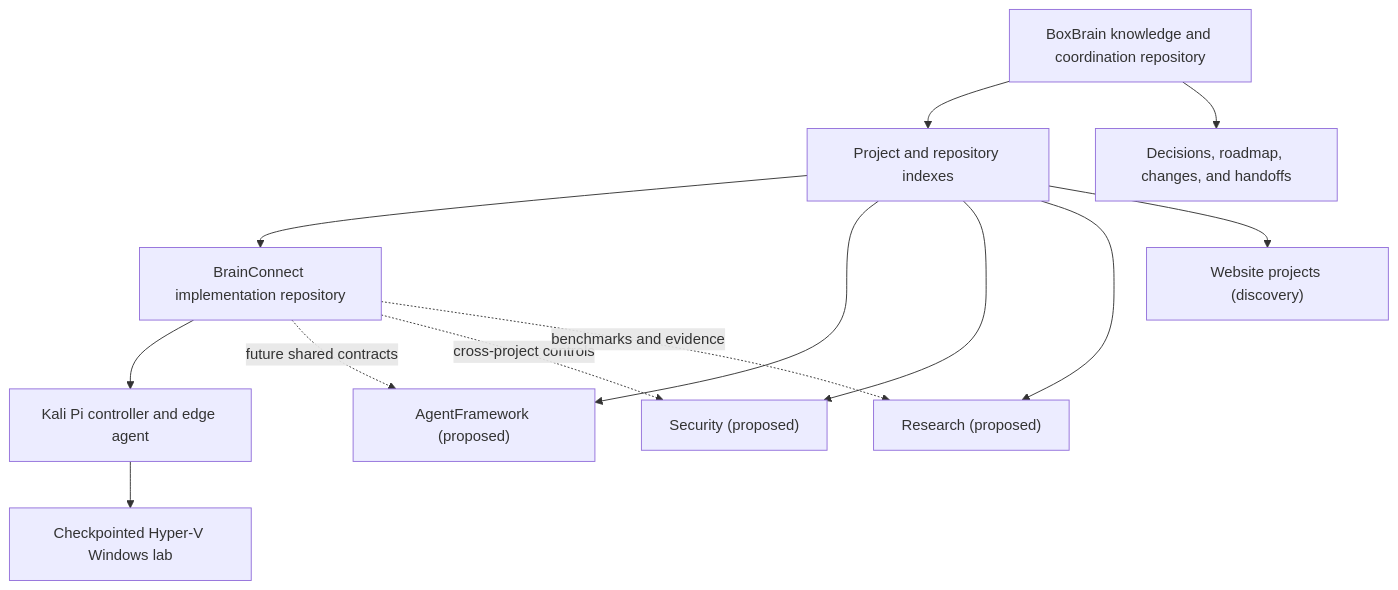
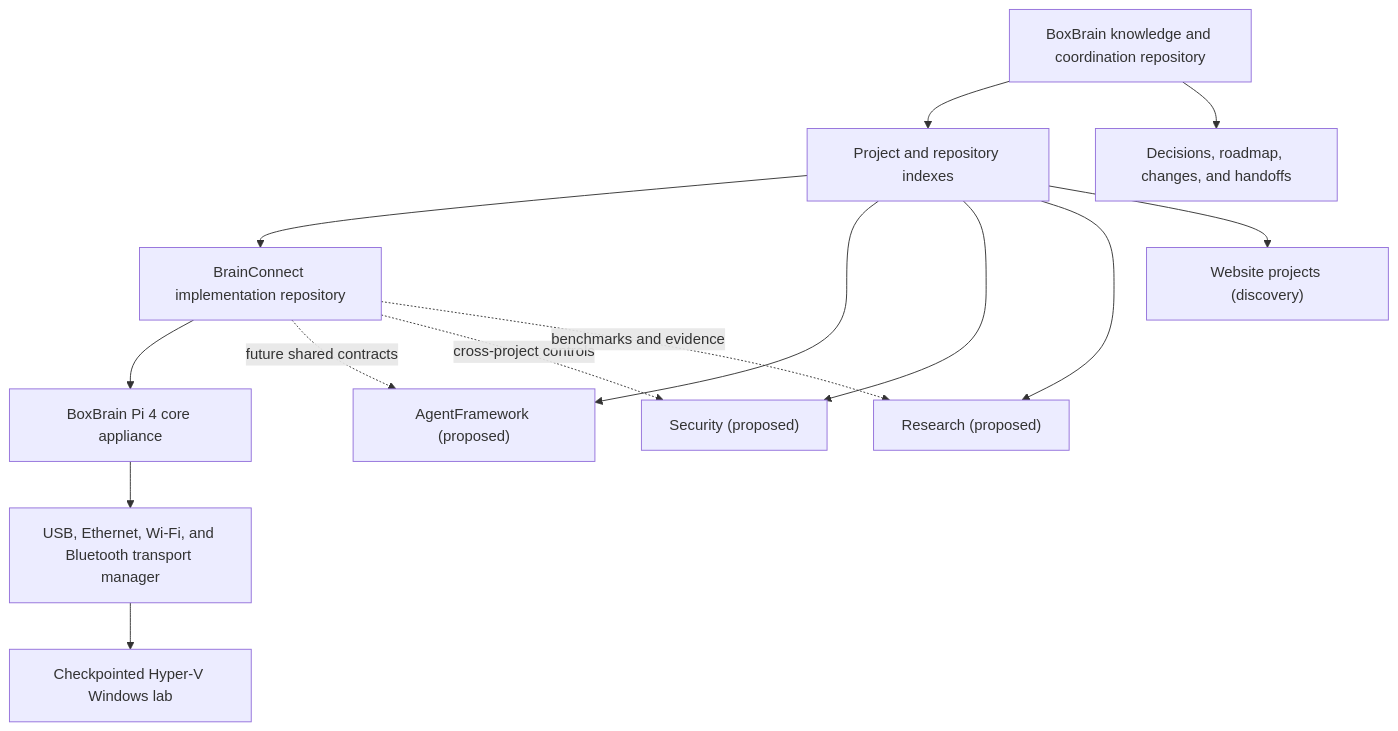
Before and after one commit to FormatX66/BoxBrain: the diagram in Architecture/SystemArchitecture.md, drawn with Mermaid. The commit also changed other lines of this file and 30 other files, not shown here.

Commit message:
Add composite USB keyboard and mouse transport

````diff
--- a/Architecture/SystemArchitecture.md
+++ b/Architecture/SystemArchitecture.md
@@ -6,26 +9,28 @@
 ```mermaid
 flowchart TD
     BB["BoxBrain knowledge and coordination repository"]
     PI["Project and repository indexes"]
     GOV["Decisions, roadmap, changes, and handoffs"]
     BC["BrainConnect implementation repository"]
-    PICTRL["Kali Pi controller and edge agent"]
+    PICTRL["BoxBrain Pi 4 core appliance"]
+    TRANSPORT["USB, Ethernet, Wi-Fi, and Bluetooth transport manager"]
     WINLAB["Checkpointed Hyper-V Windows lab"]
     AF["AgentFramework (proposed)"]
     SEC["Security (proposed)"]
     RES["Research (proposed)"]
     WEB["Website projects (discovery)"]
 
     BB --> PI
     BB --> GOV
     PI --> BC
     BC --> PICTRL
-    PICTRL --> WINLAB
+    PICTRL --> TRANSPORT
+    TRANSPORT --> WINLAB
     PI --> AF
     PI --> SEC
     PI --> RES
     PI --> WEB
     BC -. future shared contracts .-> AF
     BC -. cross-project controls .-> SEC
     BC -. benchmarks and evidence .-> RES
 ```
````
